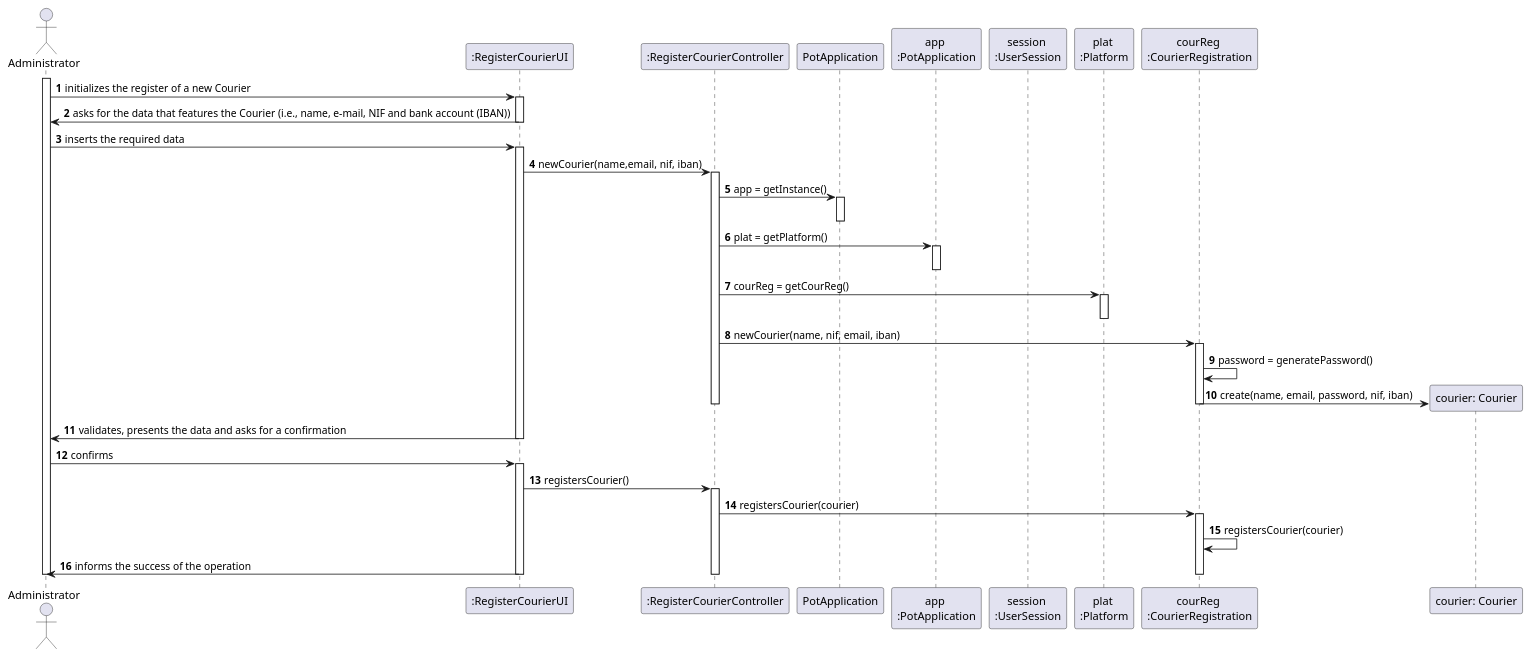
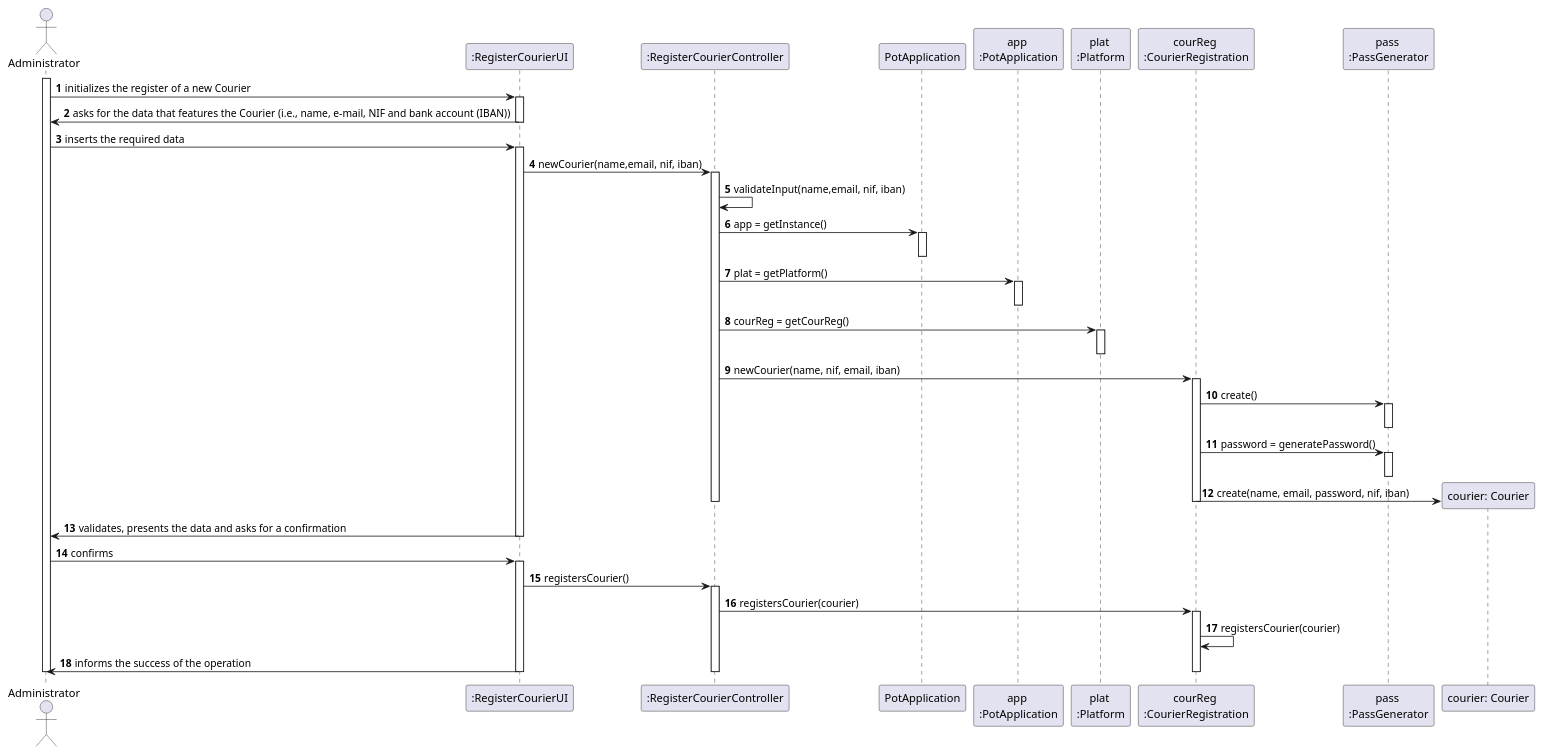
One commit to tiagoavcosta25/LAPR3 changed the diagram in docs/Iteration 1/Courier Management/US19_RegisterCourier/US19_SD.puml. Above: the diagram before and after it, drawn with PlantUML. The commit also changed 15 other files, not shown here.

```diff
--- a/docs/Iteration 1/Courier Management/US19_RegisterCourier/US19_SD.puml
+++ b/docs/Iteration 1/Courier Management/US19_RegisterCourier/US19_SD.puml
@@ -1,61 +1,67 @@
 @startuml
 autonumber
 actor "Administrator" as ADMIN
 
 participant ":RegisterCourierUI" as UI
 participant ":RegisterCourierController" as CTRL
 participant "PotApplication" as PA
 participant "app \n:PotApplication" as APA
-participant "session \n:UserSession" as US
 participant "plat \n:Platform" as PLAT
 participant "courReg \n:CourierRegistration" as RF
+participant "pass \n:PassGenerator" as PS
 participant "courier: Courier" as CR
 
 
 
 activate ADMIN
 
 ADMIN -> UI : initializes the register of a new Courier
 activate UI
 UI -> ADMIN : asks for the data that features the Courier (i.e., name, e-mail, NIF and bank account (IBAN))
 deactivate UI
 
 ADMIN -> UI : inserts the required data
 activate UI
 UI -> CTRL : newCourier(name,email, nif, iban)
 activate CTRL
+CTRL -> CTRL : validateInput(name,email, nif, iban)
 CTRL -> PA : app = getInstance()
 activate PA
 deactivate PA
 CTRL -> APA : plat = getPlatform()
 activate APA
 deactivate APA
 CTRL -> PLAT : courReg = getCourReg()
 activate PLAT
 deactivate PLAT
 CTRL -> RF : newCourier(name, nif, email, iban)
 activate RF
-RF -> RF : password = generatePassword()
+RF -> PS : create()
+activate PS
+deactivate PS
+RF -> PS : password = generatePassword()
+activate PS
+deactivate PS
 RF -> CR ** : create(name, email, password, nif, iban)
 deactivate RF
 deactivate CTRL
 
 
 UI -> ADMIN : validates, presents the data and asks for a confirmation
 deactivate UI
 
 ADMIN -> UI : confirms
 activate UI
 UI -> CTRL : registersCourier()
 activate CTRL
 CTRL -> RF : registersCourier(courier)
 activate RF
 RF -> RF : registersCourier(courier)
 UI -> ADMIN : informs the success of the operation
 deactivate RF
 deactivate CTRL
 deactivate UI
 
 deactivate ADMIN
 
 @enduml
```
